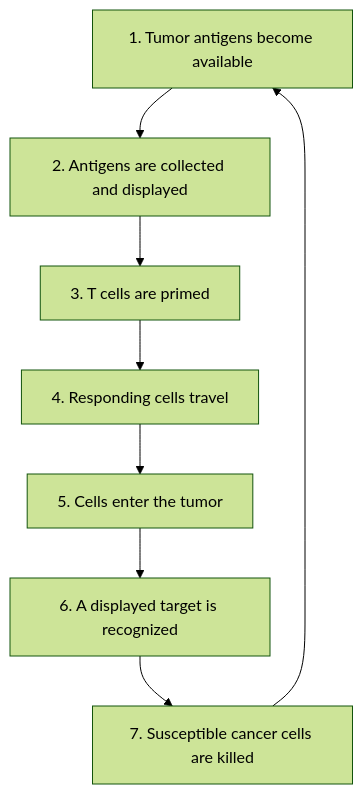
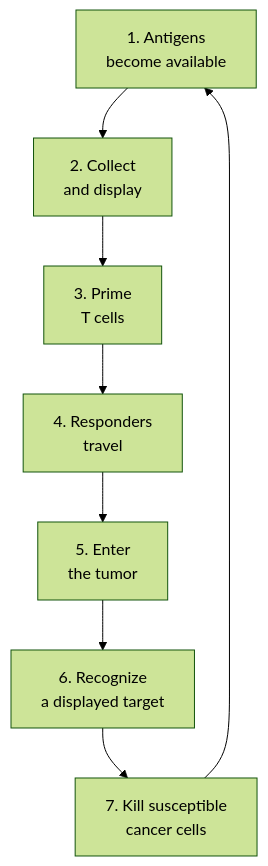
One commit to jasonLaster/oncoguide changed the diagram in wiki/education/concepts/immunology/tumor-immunology/cancer-immunity-cycle.md. Above: the diagram before and after it, drawn with Mermaid (forest theme). The commit also changed other lines of this file and 66 other files, not shown here.

Commit message:
content: sync antigen display and residual-tumor profiling education

````diff
--- a/wiki/education/concepts/immunology/tumor-immunology/cancer-immunity-cycle.md
+++ b/wiki/education/concepts/immunology/tumor-immunology/cancer-immunity-cycle.md
@@ -36,10 +36,10 @@
 ```mermaid
 flowchart TD
-  A[1. Tumor antigens become available] --> B[2. Antigens are collected and displayed]
-  B --> C[3. T cells are primed]
-  C --> D[4. Responding cells travel]
-  D --> E[5. Cells enter the tumor]
-  E --> F[6. A displayed target is recognized]
-  F --> G[7. Susceptible cancer cells are killed]
+  A[1. Antigens<br/>become available] --> B[2. Collect<br/>and display]
+  B --> C[3. Prime<br/>T cells]
+  C --> D[4. Responders<br/>travel]
+  D --> E[5. Enter<br/>the tumor]
+  E --> F[6. Recognize<br/>a displayed target]
+  F --> G[7. Kill susceptible<br/>cancer cells]
   G --> A
 ```
````
